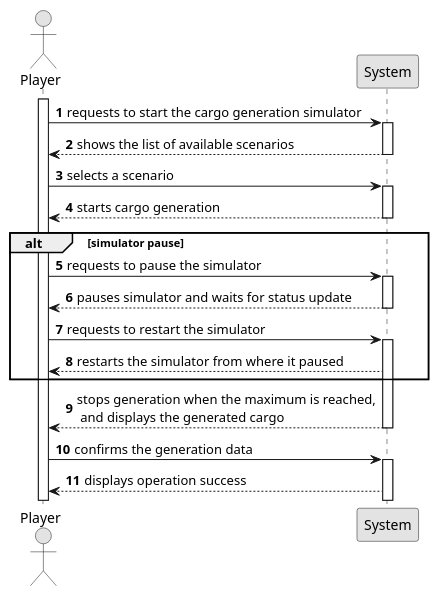
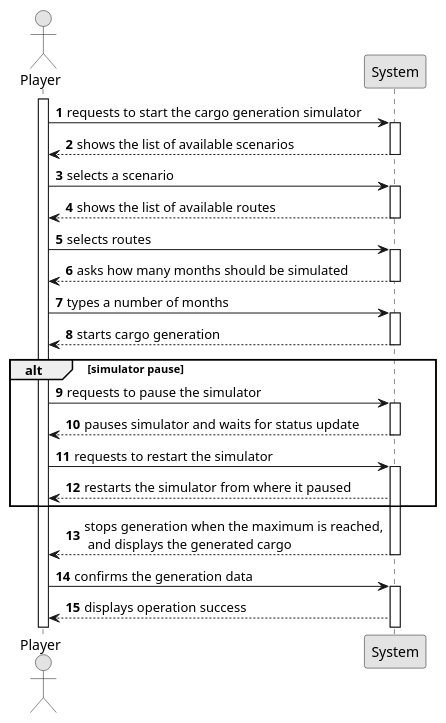
One commit to 1240935/pi2-railway-simulator changed the diagram in Sprint3/US012/01.requirements-engineering/puml/US012-SSD.puml. Above: the diagram before and after it, drawn with PlantUML. The commit also changed 8 other files, not shown here.

```diff
--- a/Sprint3/US012/01.requirements-engineering/puml/US012-SSD.puml
+++ b/Sprint3/US012/01.requirements-engineering/puml/US012-SSD.puml
@@ -1,50 +1,62 @@
 @startuml
 skinparam monochrome true
 skinparam packageStyle rectangle
 skinparam shadowing false
 
 autonumber
 
 actor "Player" as Employee
 participant "System" as System
 
 activate Employee
 
     Employee -> System : requests to start the cargo generation simulator
     activate System
 
     System --> Employee : shows the list of available scenarios
     deactivate System
 
     Employee -> System : selects a scenario
+    activate System
+
+    System --> Employee : shows the list of available routes
+    deactivate System
+
+    Employee -> System : selects routes
+    activate System
+
+    System --> Employee : asks how many months should be simulated
+    deactivate System
+
+    Employee -> System : types a number of months
     activate System
 
     System --> Employee : starts cargo generation
     deactivate System
 
     alt simulator pause
 
     Employee -> System : requests to pause the simulator
     activate System
 
     System --> Employee : pauses simulator and waits for status update
     deactivate System
 
     Employee -> System : requests to restart the simulator
     activate System
 
     System --> Employee : restarts the simulator from where it paused
 
     end alt
 
     System --> Employee: stops generation when the maximum is reached,\n and displays the generated cargo
     deactivate System
 
     Employee -> System: confirms the generation data
     activate System
 
     System --> Employee: displays operation success
 
 
 
 @enduml
```
